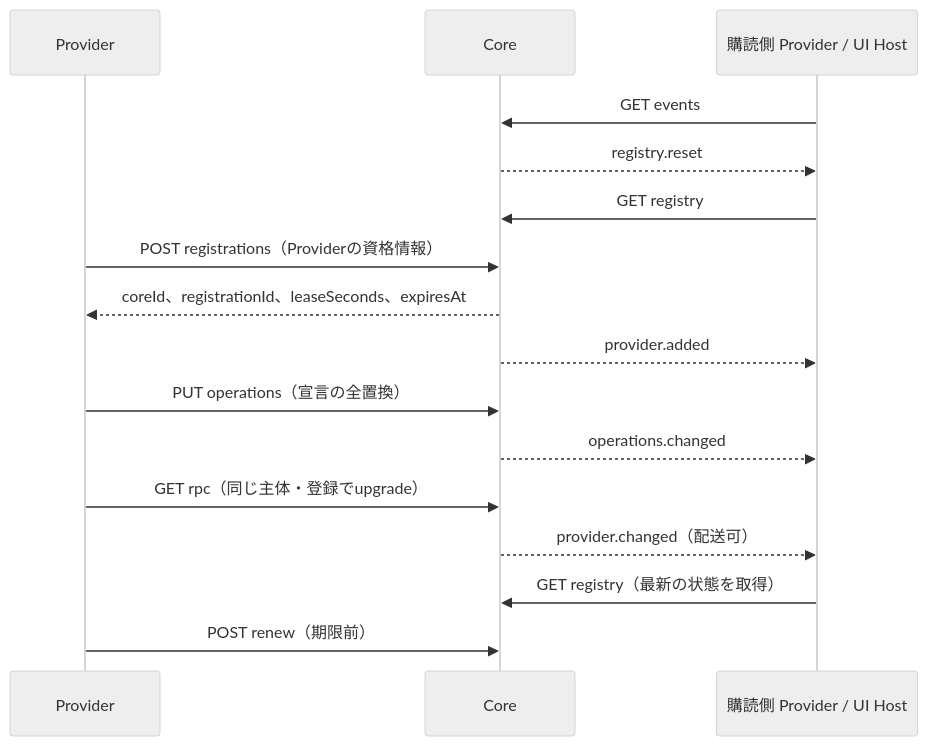
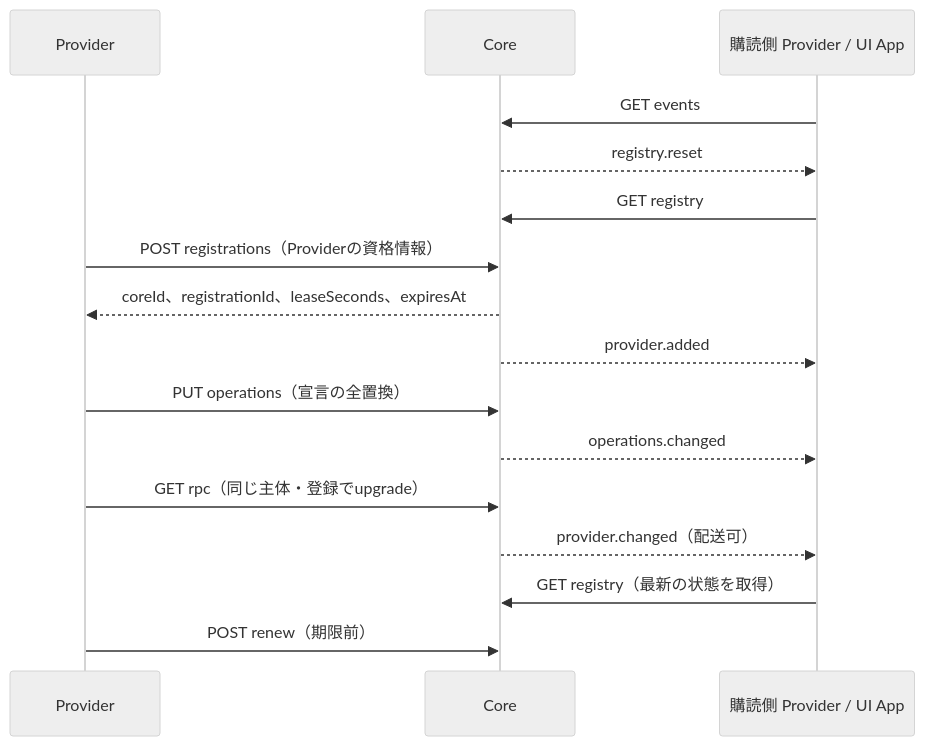
Before and after one commit to naatin777/plugumi: the first of 2 diagrams in docs/contracts/00004-plugin-client-protocol.md, drawn with Mermaid (neutral theme). The commit also changed other lines of this file and 16 other files, not shown here.

````diff
--- a/docs/contracts/00004-plugin-client-protocol.md
+++ b/docs/contracts/00004-plugin-client-protocol.md
@@ -118,18 +120,18 @@
 ```mermaid
 sequenceDiagram
     participant P as Provider
     participant C as Core
-    participant S as 購読側 Provider / UI Host
+    participant S as 購読側 Provider / UI App
     S->>C: GET events
     C-->>S: registry.reset
     S->>C: GET registry
     P->>C: POST registrations（Providerの資格情報）
     C-->>P: coreId、registrationId、leaseSeconds、expiresAt
     C-->>S: provider.added
     P->>C: PUT operations（宣言の全置換）
     C-->>S: operations.changed
     P->>C: GET rpc（同じ主体・登録でupgrade）
     C-->>S: provider.changed（配送可）
     S->>C: GET registry（最新の状態を取得）
     P->>C: POST renew（期限前）
 ```
````
